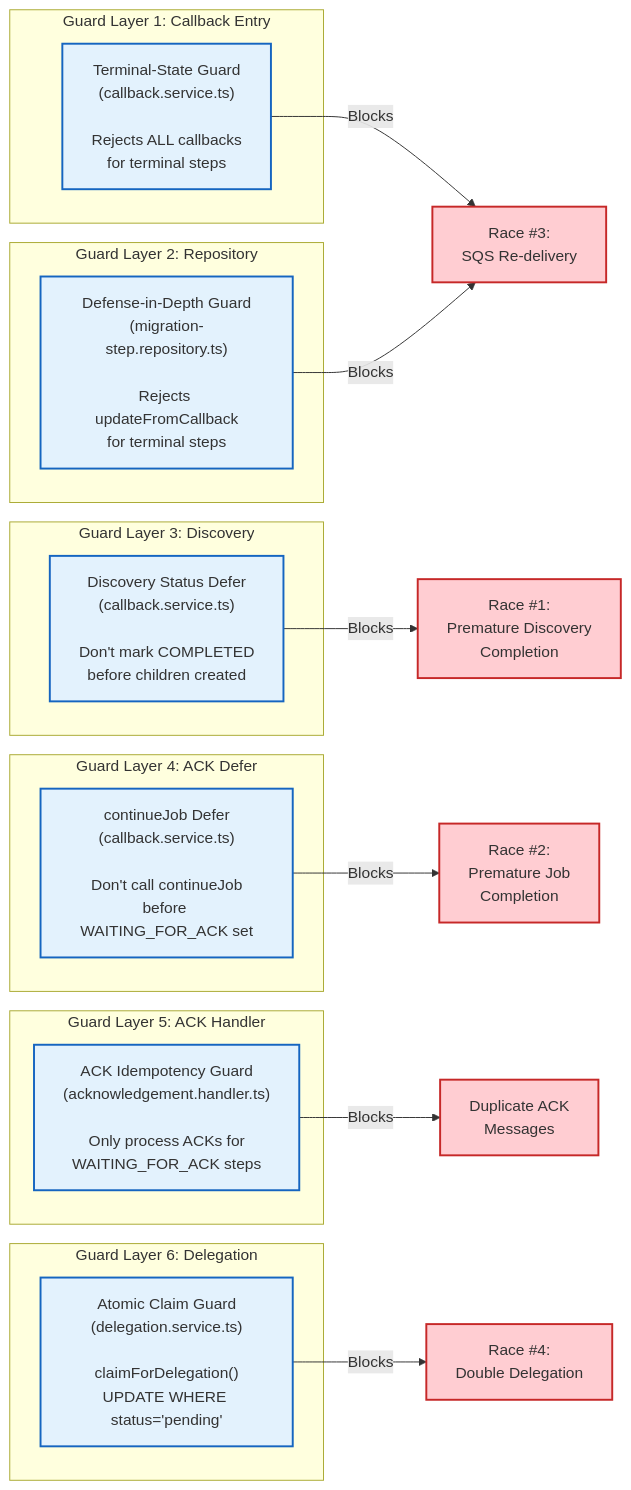
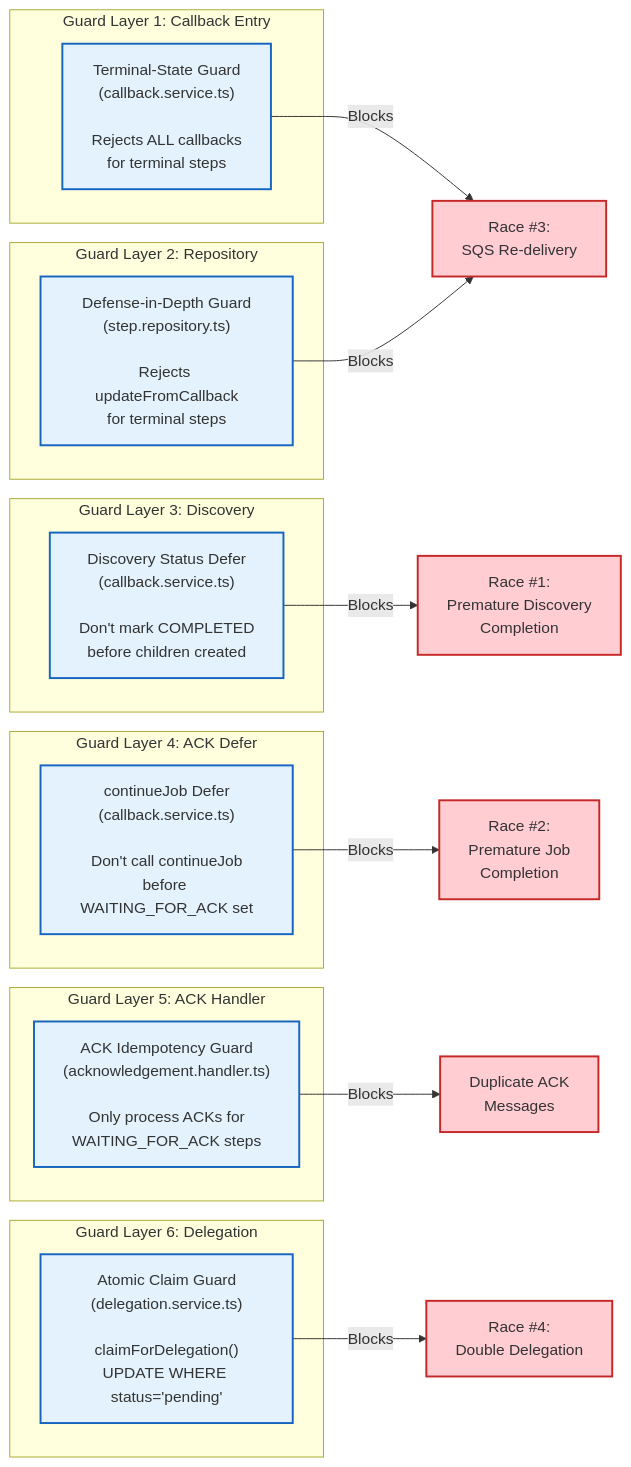
One commit to inctasoft/setpoint-evals-dtm-examples changed diagram 12 of 12 in docs/guides/race-condition-prevention.md. Above: the diagram before and after it, drawn with Mermaid. The commit also changed other lines of this file and 31 other files, not shown here.

````diff
--- a/docs/guides/race-condition-prevention.md
+++ b/docs/guides/race-condition-prevention.md
@@ -616,39 +616,39 @@
 ```mermaid
 flowchart LR
     subgraph "Guard Layer 1: Callback Entry"
         G1["Terminal-State Guard<br/>(callback.service.ts)<br/><br/>Rejects ALL callbacks<br/>for terminal steps"]
     end
 
     subgraph "Guard Layer 2: Repository"
-        G2["Defense-in-Depth Guard<br/>(migration-step.repository.ts)<br/><br/>Rejects updateFromCallback<br/>for terminal steps"]
+        G2["Defense-in-Depth Guard<br/>(step.repository.ts)<br/><br/>Rejects updateFromCallback<br/>for terminal steps"]
     end
 
     subgraph "Guard Layer 3: Discovery"
         G3["Discovery Status Defer<br/>(callback.service.ts)<br/><br/>Don't mark COMPLETED<br/>before children created"]
     end
 
     subgraph "Guard Layer 4: ACK Defer"
         G4["continueJob Defer<br/>(callback.service.ts)<br/><br/>Don't call continueJob<br/>before WAITING_FOR_ACK set"]
     end
 
     subgraph "Guard Layer 5: ACK Handler"
         G5["ACK Idempotency Guard<br/>(acknowledgement.handler.ts)<br/><br/>Only process ACKs for<br/>WAITING_FOR_ACK steps"]
     end
 
     subgraph "Guard Layer 6: Delegation"
         G6["Atomic Claim Guard<br/>(delegation.service.ts)<br/><br/>claimForDelegation()<br/>UPDATE WHERE status='pending'"]
     end
 
     G1 -->|"Blocks"| RC3["Race #3:<br/>SQS Re-delivery"]
     G2 -->|"Blocks"| RC3
     G3 -->|"Blocks"| RC1["Race #1:<br/>Premature Discovery<br/>Completion"]
     G4 -->|"Blocks"| RC2["Race #2:<br/>Premature Job<br/>Completion"]
     G5 -->|"Blocks"| RC_ACK["Duplicate ACK<br/>Messages"]
     G6 -->|"Blocks"| RC4["Race #4:<br/>Double Delegation"]
 
     classDef guard fill:#e3f2fd,stroke:#1565c0,stroke-width:2px
     classDef race fill:#ffcdd2,stroke:#c62828,stroke-width:2px
 
     class G1,G2,G3,G4,G5,G6 guard
     class RC1,RC2,RC3,RC4,RC_ACK race
 ```
````
